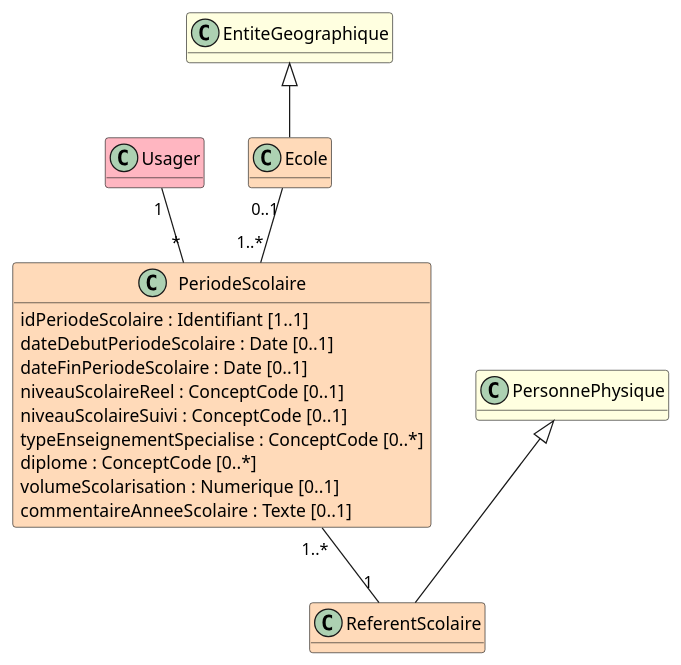
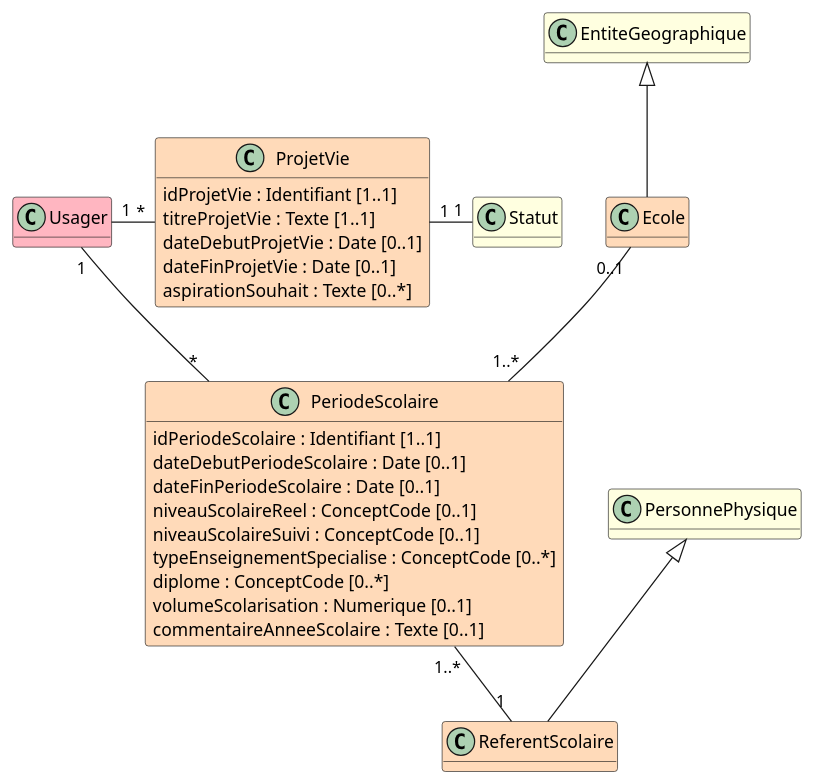
The diagram in input/images-source/bloc_periode_scolaire.plantuml (ansforge/IG-fhir-medicosocial-transfert-donnees-dui), drawn with PlantUML before and after one commit. The commit also changed 6 other files, not shown here.

```diff
--- a/input/images-source/bloc_periode_scolaire.plantuml
+++ b/input/images-source/bloc_periode_scolaire.plantuml
@@ -1,32 +1,49 @@
 @startuml
 
 hide empty methods
 
 class Usager #LightPink
+
+
+class Statut #LightYellow 
 
 class PersonnePhysique #LightYellow
 
 class EntiteGeographique #LightYellow
 
 class PeriodeScolaire #PeachPuff {
     idPeriodeScolaire : Identifiant [1..1]
     dateDebutPeriodeScolaire : Date [0..1]
     dateFinPeriodeScolaire : Date [0..1]
     niveauScolaireReel : ConceptCode [0..1]
     niveauScolaireSuivi : ConceptCode [0..1]
     typeEnseignementSpecialise : ConceptCode [0..*]
     diplome : ConceptCode [0..*]
     volumeScolarisation : Numerique [0..1]
     commentaireAnneeScolaire : Texte [0..1]
 }
 
+
+class ProjetVie #PeachPuff {
+    idProjetVie : Identifiant [1..1]
+    titreProjetVie : Texte [1..1]
+    dateDebutProjetVie : Date [0..1]
+    dateFinProjetVie : Date [0..1]
+    aspirationSouhait : Texte [0..*]
+    }
+
+Usager "1" -- "*" PeriodeScolaire
+Usager "1" - "*" ProjetVie
+
+ProjetVie "1" - "1" Statut
+
 class ReferentScolaire #PeachPuff
 class Ecole #PeachPuff
 
 PersonnePhysique <|-- ReferentScolaire
 EntiteGeographique <|-- Ecole
-Usager "1" -- "*" PeriodeScolaire
 Ecole "0..1" -- "1..*" PeriodeScolaire
 PeriodeScolaire "1..*" -- "1" ReferentScolaire
 
+
 @enduml
```
